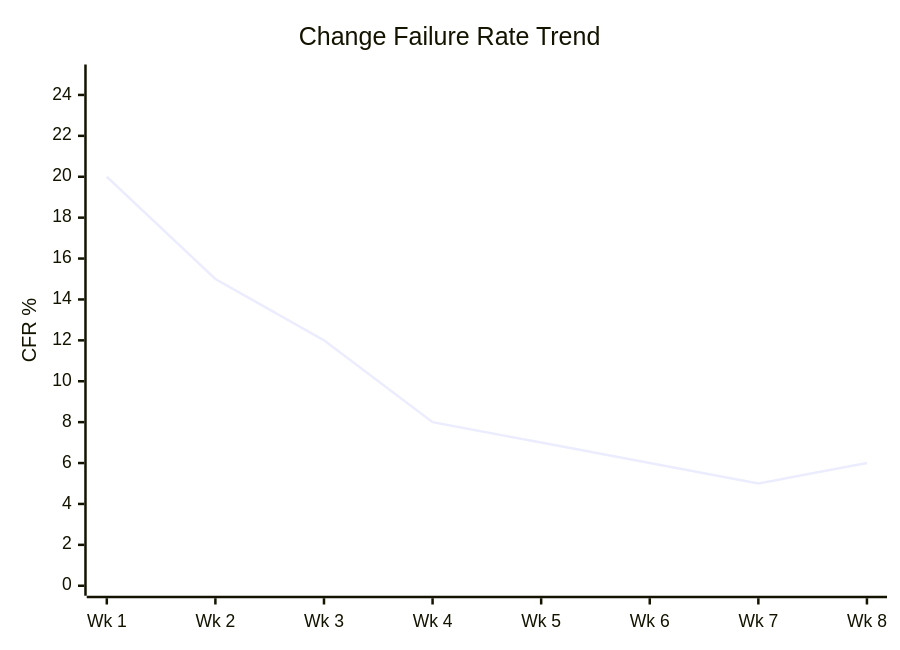
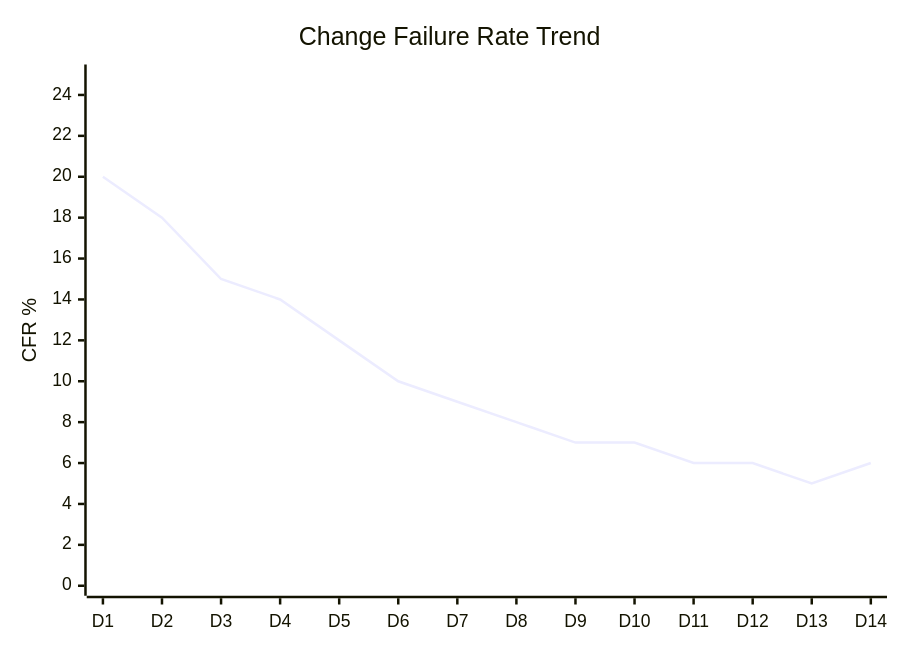
Before and after one commit to rdunie/venutian-antfarm: the third of 15 diagrams in docs/METRICS-GUIDE.md, drawn with Mermaid. The commit also changed other lines of this file, not shown here.

````diff
--- a/docs/METRICS-GUIDE.md
+++ b/docs/METRICS-GUIDE.md
@@ -218,7 +218,7 @@
 ```mermaid
 xychart-beta
     title "Change Failure Rate Trend"
-    x-axis ["Wk 1", "Wk 2", "Wk 3", "Wk 4", "Wk 5", "Wk 6", "Wk 7", "Wk 8"]
+    x-axis ["D1", "D2", "D3", "D4", "D5", "D6", "D7", "D8", "D9", "D10", "D11", "D12", "D13", "D14"]
     y-axis "CFR %" 0 --> 25
-    line [20, 15, 12, 8, 7, 6, 5, 6]
+    line [20, 18, 15, 14, 12, 10, 9, 8, 7, 7, 6, 6, 5, 6]
 ```
````
